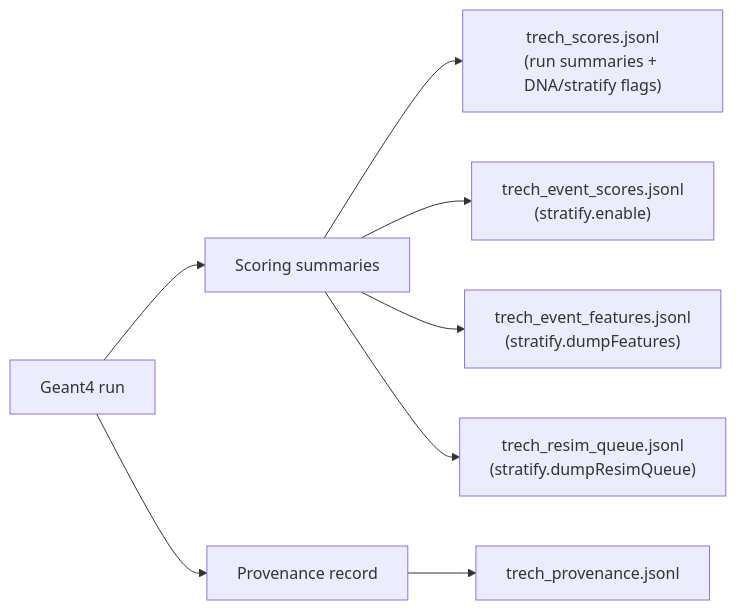
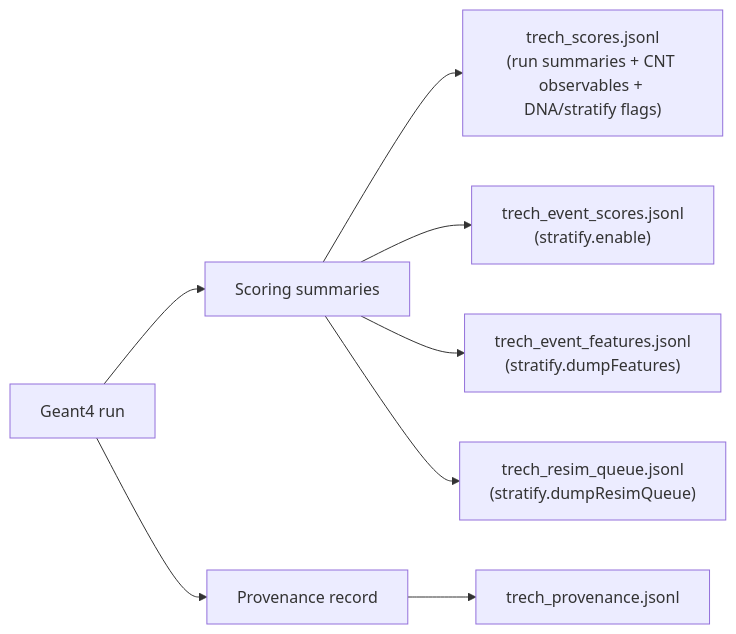
One commit to Geckos-Ink/trech changed the fourth of 6 diagrams in CHARTS.md. Above: the diagram before and after it, drawn with Mermaid. The commit also changed 13 other files, not shown here.

````diff
--- a/CHARTS.md
+++ b/CHARTS.md
@@ -83,10 +83,10 @@
 ```mermaid
 flowchart LR
   RUN["Geant4 run"] --> SCORING["Scoring summaries"]
   RUN --> PROV["Provenance record"]
-  SCORING --> S1["trech_scores.jsonl\n(run summaries + DNA/stratify flags)"]
+  SCORING --> S1["trech_scores.jsonl\n(run summaries + CNT observables + DNA/stratify flags)"]
   SCORING --> S2["trech_event_scores.jsonl\n(stratify.enable)"]
   SCORING --> S3["trech_event_features.jsonl\n(stratify.dumpFeatures)"]
   SCORING --> S4["trech_resim_queue.jsonl\n(stratify.dumpResimQueue)"]
   PROV --> P1["trech_provenance.jsonl"]
 ```
````
